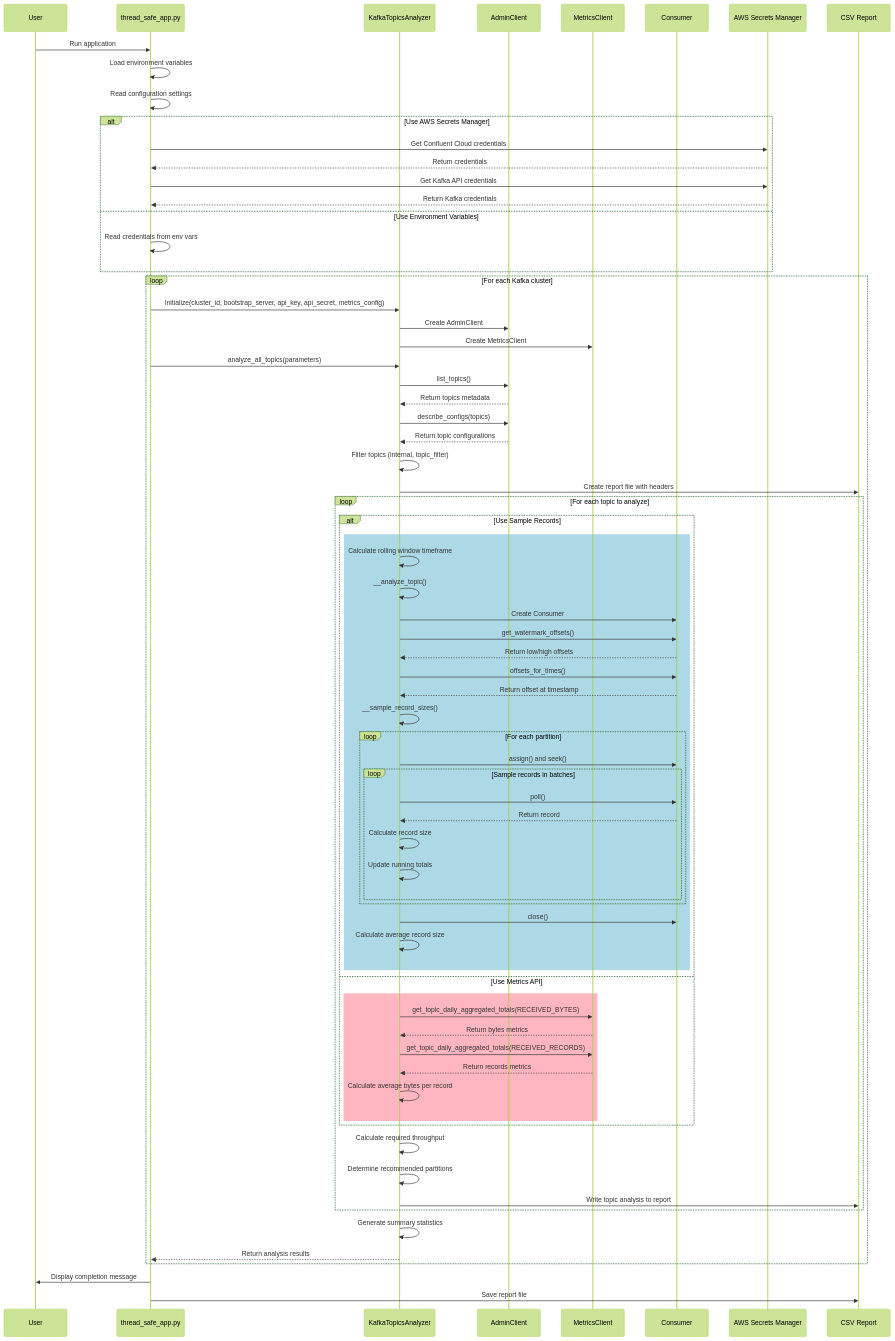
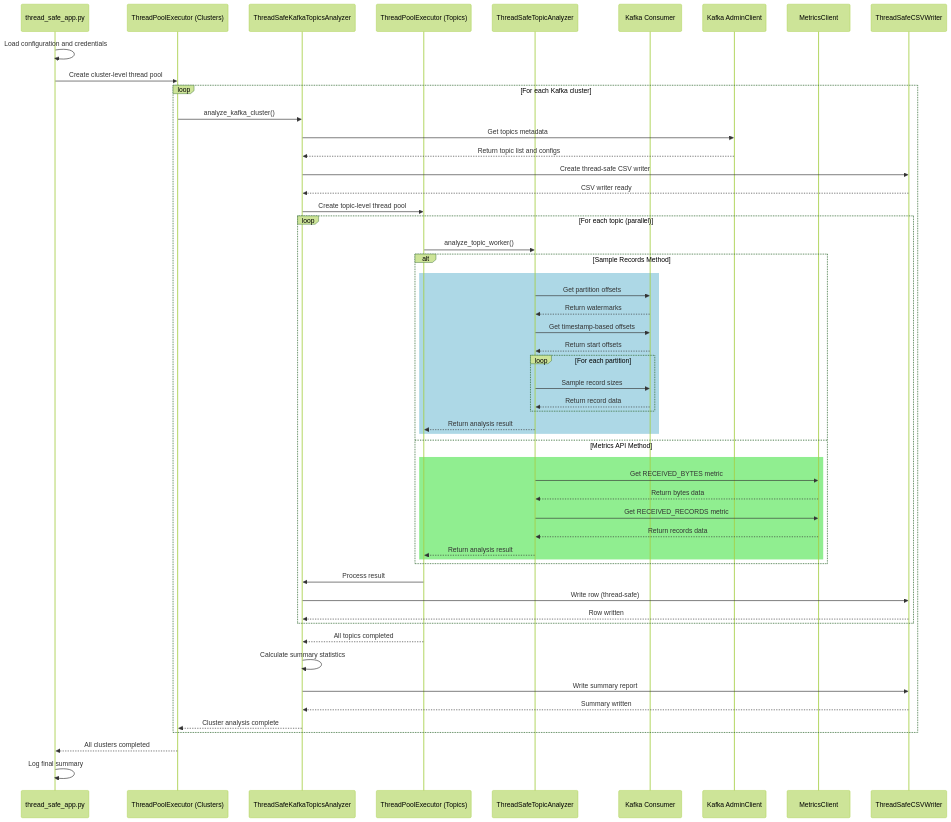
Before and after one commit to j3-signalroom/kafka_cluster-topics-partition_count_recommender-tool: the diagram in README.md, drawn with Mermaid (forest theme). The commit also changed 1 other file, not shown here.

Commit message:
See #175.  Updated Sequence Diagram.

````diff
--- a/README.md
+++ b/README.md
@@ -410,98 +410,74 @@
 ```mermaid
----
-id: 3eadd090-8b11-4a52-abc2-9755066ffc9d
----
 sequenceDiagram
-    participant User
-    participant App as thread_safe_app.py
-    participant KTA as KafkaTopicsAnalyzer
-    participant AC as AdminClient
-    participant MC as MetricsClient
-    participant KC as Consumer
-    participant AWS as AWS Secrets Manager
-    participant CSV as CSV Report
+    participant Main as thread_safe_app.py
+    participant TP as ThreadPoolExecutor (Clusters)
+    participant Analyzer as ThreadSafeKafkaTopicsAnalyzer
+    participant TopicTP as ThreadPoolExecutor (Topics)
+    participant TopicAnalyzer as ThreadSafeTopicAnalyzer
+    participant Consumer as Kafka Consumer
+    participant Admin as Kafka AdminClient
+    participant Metrics as MetricsClient
+    participant CSV as ThreadSafeCSVWriter
 
-    User->>App: Run application
-    App->>App: Load environment variables
-    App->>App: Read configuration settings
+    Main->>Main: Load configuration and credentials
+    Main->>TP: Create cluster-level thread pool
     
-    alt Use AWS Secrets Manager
-        App->>AWS: Get Confluent Cloud credentials
-        AWS-->>App: Return credentials
-        App->>AWS: Get Kafka API credentials
-        AWS-->>App: Return Kafka credentials
-    else Use Environment Variables
-        App->>App: Read credentials from env vars
-    end
-
     loop For each Kafka cluster
-        App->>KTA: Initialize(cluster_id, bootstrap_server, api_key, api_secret, metrics_config)
-        KTA->>AC: Create AdminClient
-        KTA->>MC: Create MetricsClient
+        TP->>Analyzer: analyze_kafka_cluster()
         
-        App->>KTA: analyze_all_topics(parameters)
+        Analyzer->>Admin: Get topics metadata
+        Admin-->>Analyzer: Return topic list and configs
         
-        KTA->>AC: list_topics()
-        AC-->>KTA: Return topics metadata
+        Analyzer->>CSV: Create thread-safe CSV writer
+        CSV-->>Analyzer: CSV writer ready
         
-        KTA->>AC: describe_configs(topics)
-        AC-->>KTA: Return topic configurations
+        Analyzer->>TopicTP: Create topic-level thread pool
         
-        KTA->>KTA: Filter topics (internal, topic_filter)
-        
-        KTA->>CSV: Create report file with headers
-        
-        loop For each topic to analyze
-            alt Use Sample Records
+        loop For each topic (parallel)
+            TopicTP->>TopicAnalyzer: analyze_topic_worker()
+            
+            alt Sample Records Method
                 rect rgb(173, 216, 230)
-                    KTA->>KTA: Calculate rolling window timeframe
-                    KTA->>KTA: __analyze_topic()
+                    TopicAnalyzer->>Consumer: Get partition offsets
+                    Consumer-->>TopicAnalyzer: Return watermarks
                     
-                    KTA->>KC: Create Consumer
-                    KTA->>KC: get_watermark_offsets()
-                    KC-->>KTA: Return low/high offsets
-                    
-                    KTA->>KC: offsets_for_times()
-                    KC-->>KTA: Return offset at timestamp
-                    
-                    KTA->>KTA: __sample_record_sizes()
+                    TopicAnalyzer->>Consumer: Get timestamp-based offsets
+                    Consumer-->>TopicAnalyzer: Return start offsets
                     
                     loop For each partition
-                        KTA->>KC: assign() and seek()
-                        
-                        loop Sample records in batches
-                            KTA->>KC: poll()
-                            KC-->>KTA: Return record
-                            KTA->>KTA: Calculate record size
-                            KTA->>KTA: Update running totals
-                        end
+                        TopicAnalyzer->>Consumer: Sample record sizes
+                        Consumer-->>TopicAnalyzer: Return record data
                     end
                     
-                    KTA->>KC: close()
-                    KTA->>KTA: Calculate average record size
+                    TopicAnalyzer-->>TopicTP: Return analysis result
                 end
                 
-            else Use Metrics API
-                rect rgb(255, 182, 193)
-                    KTA->>MC: get_topic_daily_aggregated_totals(RECEIVED_BYTES)
-                    MC-->>KTA: Return bytes metrics
+            else Metrics API Method
+                rect rgb(144, 238, 144)
+                    TopicAnalyzer->>Metrics: Get RECEIVED_BYTES metric
+                    Metrics-->>TopicAnalyzer: Return bytes data
                     
-                    KTA->>MC: get_topic_daily_aggregated_totals(RECEIVED_RECORDS)
-                    MC-->>KTA: Return records metrics
+                    TopicAnalyzer->>Metrics: Get RECEIVED_RECORDS metric  
+                    Metrics-->>TopicAnalyzer: Return records data
                     
-                    KTA->>KTA: Calculate average bytes per record
+                    TopicAnalyzer-->>TopicTP: Return analysis result
                 end
             end
             
-            KTA->>KTA: Calculate required throughput
-            KTA->>KTA: Determine recommended partitions
-            KTA->>CSV: Write topic analysis to report
+            TopicTP->>Analyzer: Process result
+            Analyzer->>CSV: Write row (thread-safe)
+            CSV-->>Analyzer: Row written
         end
         
-        KTA->>KTA: Generate summary statistics
-        KTA-->>App: Return analysis results
+        TopicTP-->>Analyzer: All topics completed
+        
+        Analyzer->>Analyzer: Calculate summary statistics
+        Analyzer->>CSV: Write summary report
+        CSV-->>Analyzer: Summary written
+        
+        Analyzer-->>TP: Cluster analysis complete
     end
     
-    App->>User: Display completion message
-    App->>CSV: Save report file
+    TP-->>Main: All clusters completed
+    Main->>Main: Log final summary
 ```
````
